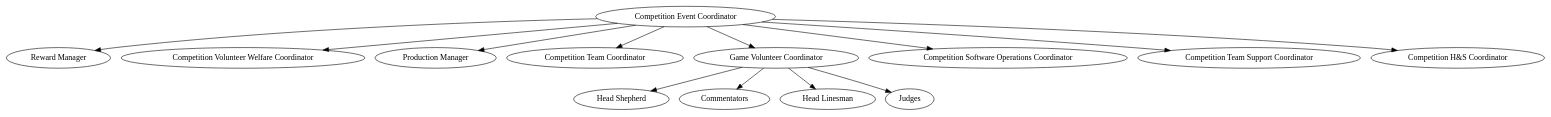
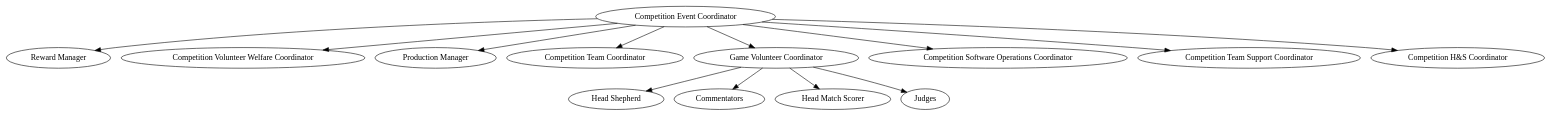
One commit to Adimote/legacy-ops-manual changed the diagram in org-chart/comp-event.dot. Above: the diagram before and after it, drawn with Graphviz. The commit also changed 1 other file, not shown here.

Commit message:
Rename 'linesmen' to 'match scorers'
This is gender neutral

Fixes #40

```diff
--- a/org-chart/comp-event.dot
+++ b/org-chart/comp-event.dot
@@ -1,29 +1,29 @@
 digraph {
 	# Competition Coordinator Subordinates
 	comp_event_coord [label="Competition Event Coordinator" email="competition-event@studentrobotics.org"];
 
 	# Competition Event Coordinator Subordinates
 	reward_manager[label="Reward Manager" contactsexclude=true];
 	comp_volunteer_welfare[label="Competition Volunteer Welfare Coordinator" email="competition-welfare@studentrobotics.org"];
 	prod_manager[label="Production Manager" email="production-manager@studentrobotics.org"];
 	comp_team_coord[label="Competition Team Coordinator" email="competition-teams@studentrobotics.org"];
 	comp_game_vol_coord[label="Game Volunteer Coordinator" email="game-volunteers@studentrobotics.org"];
 	comp_sw_ops_coord[label="Competition Software Operations Coordinator" email="competition-software-ops@studentrobotics.org"];
 	comp_team_support_coord[label="Competition Team Support Coordinator" email="competition-team-support@studentrobotics.org"];
 	comp_hs_coord[label="Competition H&S Coordinator" email="competition-health-and-safety@studentrobotics.org"];
 
 	# Game Volunteer Coordinator Subordinates
 	head_shepherd[label="Head Shepherd" email="shepherding@studentrobotics.org"];
 	commentators[label="Commentators" email="commentators@studentrobotics.org"];
-	head_linesman[label="Head Linesman" email="linesmen@studentrobotics.org"];
+	head_match_scorer[label="Head Match Scorer" email="match-scorer@studentrobotics.org"];
 	judges[label="Judges" email="judge@studentrobotics.org"];
 
 	###### Connections between nodes
 	comp_event_coord -> { reward_manager comp_volunteer_welfare
 	            prod_manager comp_team_coord comp_game_vol_coord
 		comp_sw_ops_coord comp_hs_coord
 		comp_team_support_coord
 		};
 
-	comp_game_vol_coord -> { head_shepherd commentators head_linesman judges };
+	comp_game_vol_coord -> { head_shepherd commentators head_match_scorer judges };
 }
```
